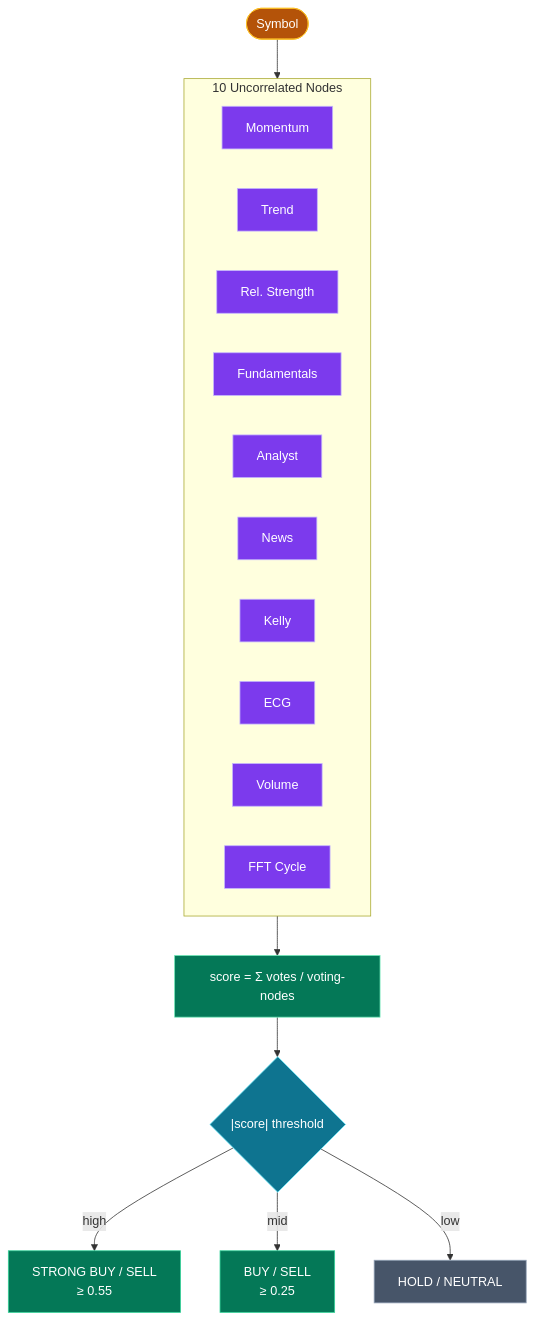
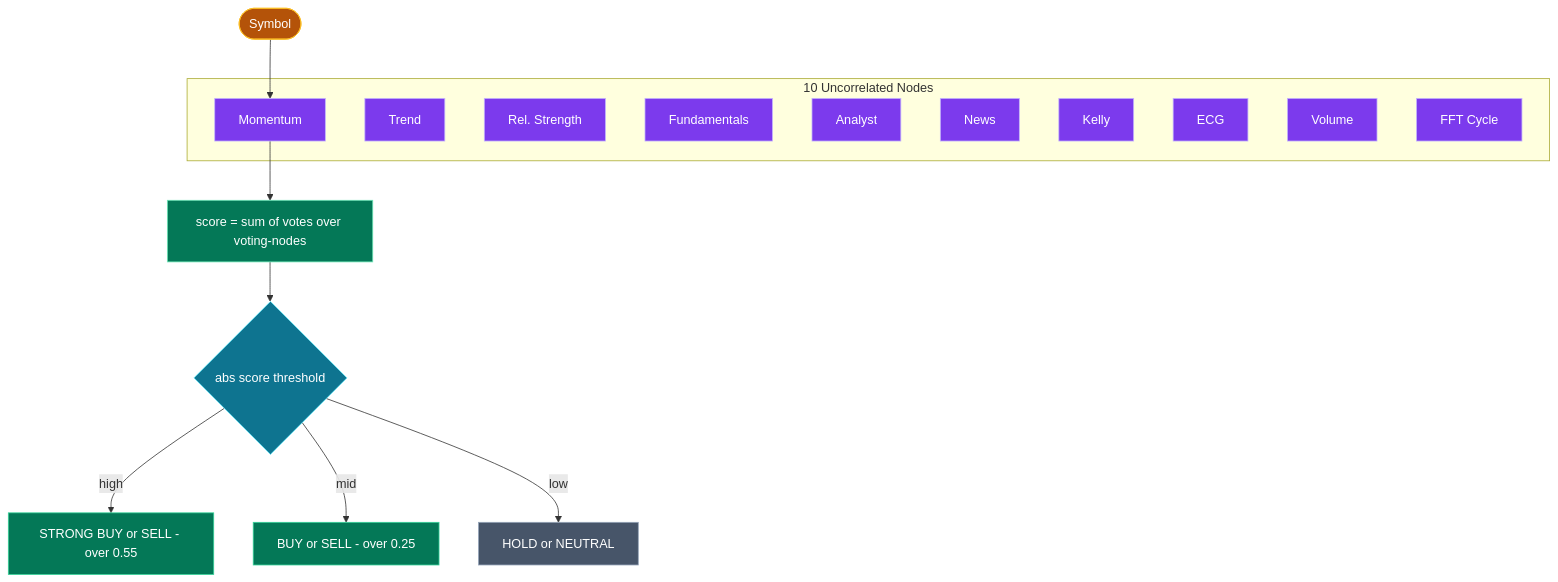
One commit to gesh75/Gesh-Project changed the sixth of 8 diagrams in docs/ARCHITECTURE.md. Above: the diagram before and after it, drawn with Mermaid. The commit also changed other lines of this file and 1 other file, not shown here.

Commit message:
docs: harden mermaid diagrams for reliable GitHub rendering

````diff
--- a/docs/ARCHITECTURE.md
+++ b/docs/ARCHITECTURE.md
@@ -231,33 +231,35 @@
 ```mermaid
 flowchart TB
     sym(["Symbol"]):::core
     subgraph NODES["10 Uncorrelated Nodes"]
         n1["Momentum"]:::node
         n2["Trend"]:::node
         n3["Rel. Strength"]:::node
         n4["Fundamentals"]:::node
         n5["Analyst"]:::node
         n6["News"]:::node
         n7["Kelly"]:::node
         n8["ECG"]:::node
         n9["Volume"]:::node
         n10["FFT Cycle"]:::node
     end
-    vote["score = Σ votes / voting-nodes"]:::data
-    thr{"|score| threshold"}:::gate
-    strong["STRONG BUY / SELL<br/>≥ 0.55"]:::buy
-    weak["BUY / SELL<br/>≥ 0.25"]:::buy
-    hold["HOLD / NEUTRAL"]:::neutral
+    vote["score = sum of votes over voting-nodes"]:::data
+    thr{"abs score threshold"}:::gate
+    strong["STRONG BUY or SELL - over 0.55"]:::buy
+    weak["BUY or SELL - over 0.25"]:::buy
+    hold["HOLD or NEUTRAL"]:::neutral
 
-    sym --> NODES --> vote --> thr
+    sym --> n1
+    n1 --> vote
+    vote --> thr
     thr -->|"high"| strong
     thr -->|"mid"| weak
     thr -->|"low"| hold
 
     classDef core    fill:#b45309,stroke:#fbbf24,color:#fff
     classDef node    fill:#7c3aed,stroke:#c4b5fd,color:#fff
     classDef data    fill:#047857,stroke:#6ee7b7,color:#fff
     classDef gate    fill:#0e7490,stroke:#67e8f9,color:#fff
     classDef buy     fill:#047857,stroke:#34d399,color:#fff
     classDef neutral fill:#475569,stroke:#94a3b8,color:#fff
 ```
````
